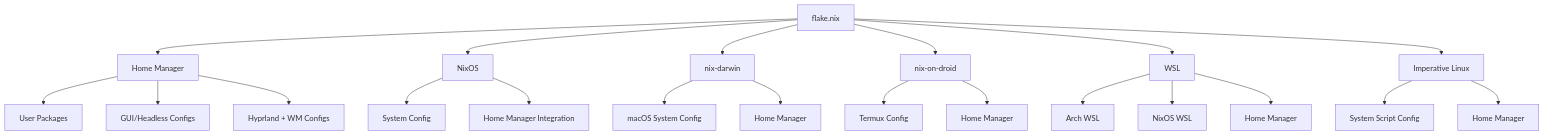
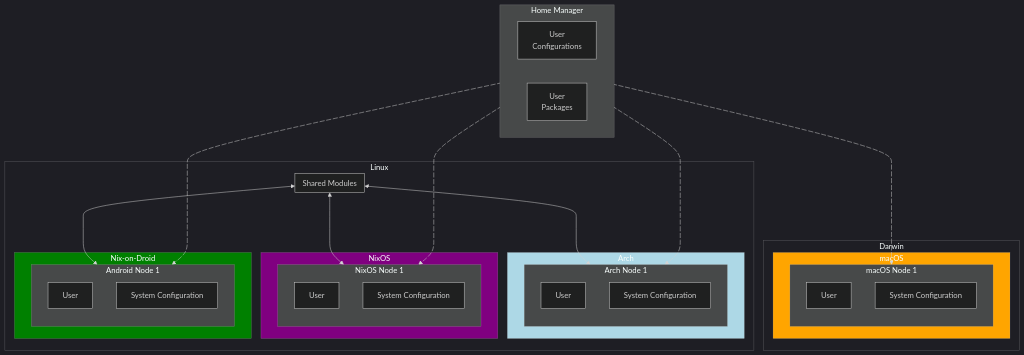
Before and after one commit to nooneknowspeter/dotfiles: the diagram in README.md, drawn with Mermaid. The commit also changed other lines of this file, not shown here.

Commit message:
docs: update project structure diagram README.md

````diff
--- a/README.md
+++ b/README.md
@@ -198,29 +198,77 @@
 ```mermaid
-graph TD
-    A[flake.nix]
-    A --> B[Home Manager]
-    B --> B1[User Packages]
-    B --> B2[GUI/Headless Configs]
-    B --> B3[Hyprland + WM Configs]
+---
+config:
+  theme: 'dark'
+---
+flowchart TD
+    subgraph home-manager [Home Manager]
+        usr_configs[User
+        Configurations]
 
-    A --> C[NixOS]
-    C --> C1[System Config]
-    C --> C2[Home Manager Integration]
+        user_pkgs[User
+        Packages]
+    end
 
-    A --> D[nix-darwin]
-    D --> D1[macOS System Config]
-    D --> D2[Home Manager]
+    home-manager hm1@----> archNode1User
+    home-manager hm2@----> nixosNode1User
+    home-manager hm4@----> androidNode1User
+    home-manager hm3@----> macosNode1User
 
-    A --> E[nix-on-droid]
-    E --> E1[Termux Config]
-    E --> E2[Home Manager]
+    subgraph linux [Linux]
+        subgraph linuxSharedModules [Shared Modules]
+        end
 
-    A --> F[WSL]
-    F --> F1[Arch WSL]
-    F --> F2[NixOS WSL]
-    F --> F3[Home Manager]
+        subgraph arch [Arch]
+            subgraph archNode1 [Arch Node 1]
+                direction TB
+                archNode1User[User]
+                archNode1SystemConfig[System Configuration]
+            end
+        end
 
-    A --> G[Imperative Linux]
-    G --> G1[System Script Config]
-    G --> G2[Home Manager]
+        subgraph nixos [NixOS]
+            subgraph nixosNode1 [NixOS Node 1]
+                direction TB
+                nixosNode1User[User]
+                nixosNode1SystemConfig[System Configuration]
+            end
+        end
+
+        subgraph android [Nix-on-Droid]
+            subgraph androidNode1 [Android Node 1]
+                direction TB
+                androidNode1User[User]
+                androidNode1SystemConfig[System Configuration]
+            end
+        end
+
+        linuxSharedModules <---> androidNode1SystemConfig
+        linuxSharedModules <---> nixosNode1SystemConfig
+        linuxSharedModules <---> archNode1SystemConfig
+
+    end
+
+    subgraph darwin [Darwin]
+        subgraph nix-darwin [macOS]
+            subgraph macosNode1 [macOS Node 1]
+                direction TB
+                macosNode1User[User]
+                macosNode1SystemConfig[System Configuration]
+            end
+        end
+    end
+
+    %% style
+    hm1@{ animate: true }
+    hm2@{ animate: true }
+    hm3@{ animate: true }
+    hm4@{ animate: true }
+    
+    style linux fill:transparent
+    style darwin fill:transparent
+
+    style android fill:green
+    style nixos fill:purple
+    style arch fill:lightblue
+    style nix-darwin fill:orange
 ```
````
